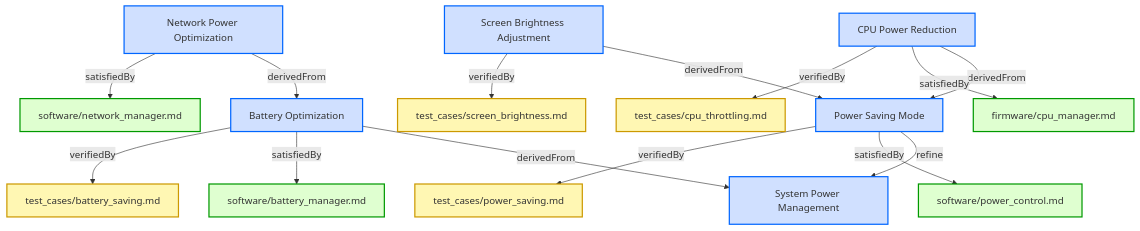
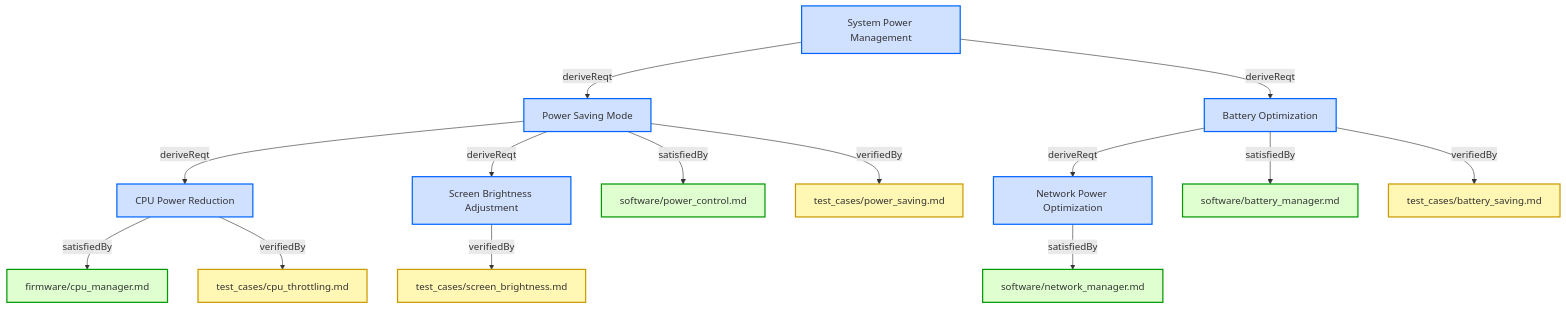
Before and after one commit to reqvire-org/reqvire: the second of 3 diagrams in specifications/SpecificationsRequirements.md, drawn with Mermaid. The commit also changed other lines of this file and 22 other files, not shown here.

````diff
--- a/specifications/SpecificationsRequirements.md
+++ b/specifications/SpecificationsRequirements.md
@@ -274,27 +264,27 @@
 ```mermaid
 flowchart TD;
     %% Define Classes
     classDef requirement fill:#D0E0FF,stroke:#0066FF,stroke-width:2px;
     classDef implementation fill:#DFFFD0,stroke:#009900,stroke-width:2px;
     classDef verification fill:#FFF7B3,stroke:#CC9900,stroke-width:2px;
 
     %% Requirements Hierarchy
     A[System Power Management]:::requirement
-    B[Power Saving Mode]:::requirement -->|refine| A
-    C[CPU Power Reduction]:::requirement -->|derivedFrom| B
-    D[Screen Brightness Adjustment]:::requirement -->|derivedFrom| B
-    E[Battery Optimization]:::requirement -->|derivedFrom| A
-    G[Network Power Optimization]:::requirement -->|derivedFrom| E
+    A -->|deriveReqt| B[Power Saving Mode]:::requirement
+    B -->|deriveReqt| C[CPU Power Reduction]:::requirement
+    B -->|deriveReqt| D[Screen Brightness Adjustment]:::requirement
+    A -->|deriveReqt| E[Battery Optimization]:::requirement 
+    E -->|deriveReqt| G[Network Power Optimization]:::requirement
 
     %% Implementations (Satisfied By)
     B -->|satisfiedBy| SB1[software/power_control.md]:::implementation
     C -->|satisfiedBy| SB2[firmware/cpu_manager.md]:::implementation
     E -->|satisfiedBy| SB3[software/battery_manager.md]:::implementation
     G -->|satisfiedBy| SB4[software/network_manager.md]:::implementation
 
     %% Verifications (Verified By)
     B -->|verifiedBy| VB1[test_cases/power_saving.md]:::verification
     C -->|verifiedBy| VB2[test_cases/cpu_throttling.md]:::verification
     D -->|verifiedBy| VB3[test_cases/screen_brightness.md]:::verification
     E -->|verifiedBy| VB4[test_cases/battery_saving.md]:::verification
 ```
````
